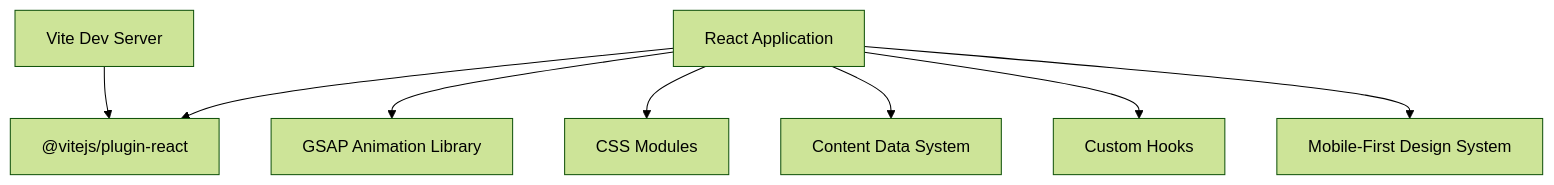
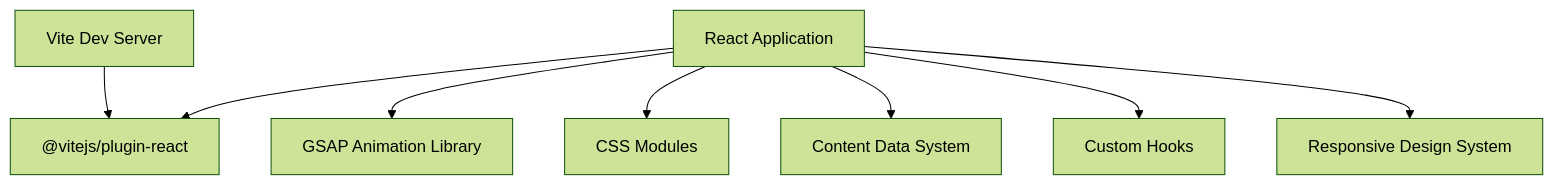
One commit to rakeshmaity271/frankie-picasso changed diagram 13 of 13 in .qoder/repowiki/en/content/Application Architecture.md. Above: the diagram before and after it, drawn with Mermaid (forest theme). The commit also changed other lines of this file and 20 other files, not shown here.

````diff
--- a/.qoder/repowiki/en/content/Application Architecture.md
+++ b/.qoder/repowiki/en/content/Application Architecture.md
@@ -597,18 +562,18 @@
 ```mermaid
 graph TB
 ReactApp["React Application"]
 Vite["Vite Dev Server"]
 ReactPlugin["@vitejs/plugin-react"]
 GSAP["GSAP Animation Library"]
 CSSModules["CSS Modules"]
 ContentData["Content Data System"]
 Hooks["Custom Hooks"]
-MobileDesign["Mobile-First Design System"]
+ResponsiveDesign["Responsive Design System"]
 ReactApp --> ReactPlugin
 ReactApp --> GSAP
 ReactApp --> CSSModules
 ReactApp --> ContentData
 ReactApp --> Hooks
-ReactApp --> MobileDesign
+ReactApp --> ResponsiveDesign
 Vite --> ReactPlugin
 ```
````
